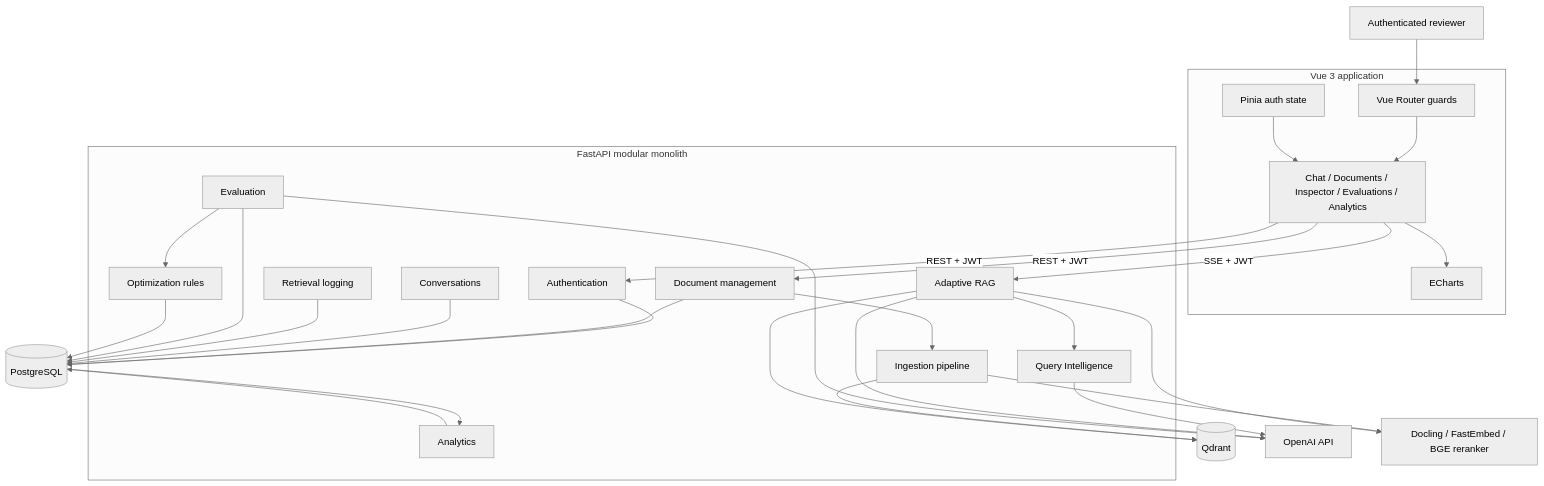
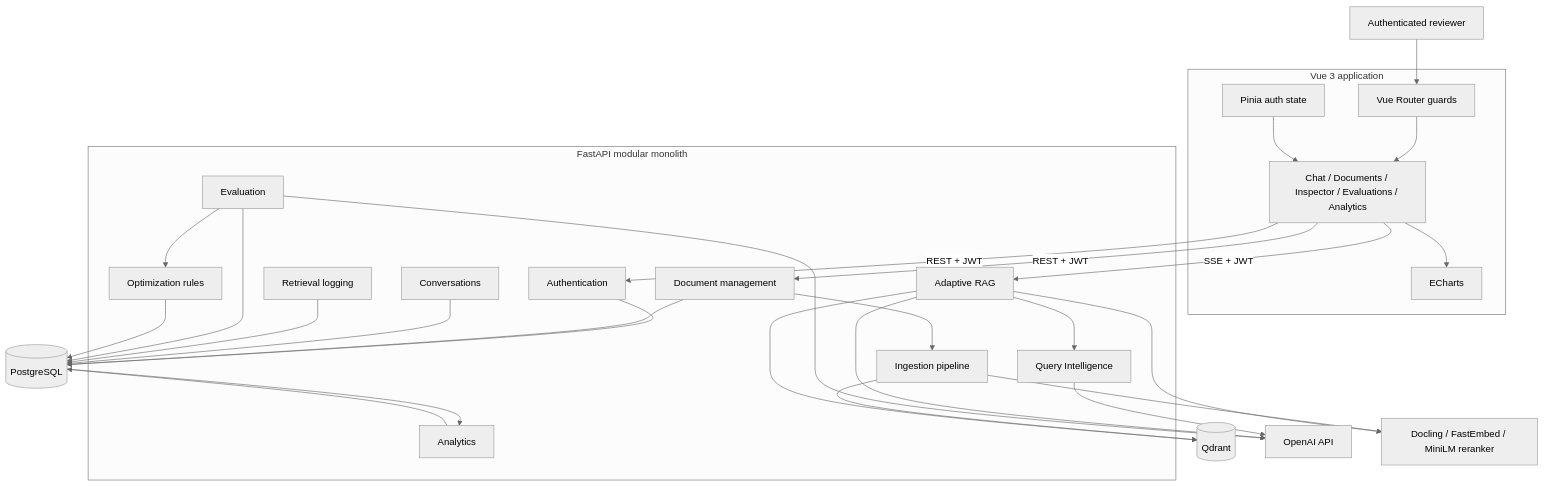
Before and after one commit to ajayk2515/contextiq: the first of 7 diagrams in README.md, drawn with Mermaid (neutral theme). The commit also changed other lines of this file and 2 other files, not shown here.

Commit message:
fix: harden document recovery and reranker configuration

````diff
--- a/README.md
+++ b/README.md
@@ -108,51 +108,51 @@
 ```mermaid
 flowchart TB
     User[Authenticated reviewer] --> Router
 
     subgraph Frontend[Vue 3 application]
         Router[Vue Router guards]
         Store[Pinia auth state]
         Views[Chat / Documents / Inspector / Evaluations / Analytics]
         Charts[ECharts]
         Router --> Views
         Store --> Views
         Views --> Charts
     end
 
     Views -->|REST + JWT| Auth
     Views -->|REST + JWT| Docs
     Views -->|SSE + JWT| RAG
 
     subgraph Backend[FastAPI modular monolith]
         Auth[Authentication]
         Docs[Document management]
         Ingest[Ingestion pipeline]
         QI[Query Intelligence]
         RAG[Adaptive RAG]
         Conversations[Conversations]
         Inspector[Retrieval logging]
         Eval[Evaluation]
         Optimize[Optimization rules]
         Metrics[Analytics]
     end
 
     Docs --> Ingest
     RAG --> QI
     Auth --> PostgreSQL[(PostgreSQL)]
     Docs --> PostgreSQL
     Conversations --> PostgreSQL
     Inspector --> PostgreSQL
     Eval --> PostgreSQL
     Optimize --> PostgreSQL
     Metrics --> PostgreSQL
     Ingest --> Qdrant[(Qdrant)]
     RAG --> Qdrant
     QI --> OpenAI[OpenAI API]
     RAG --> OpenAI
     Eval --> OpenAI
-    Ingest --> LocalModels[Docling / FastEmbed / BGE reranker]
+    Ingest --> LocalModels[Docling / FastEmbed / MiniLM reranker]
     RAG --> LocalModels
 
     PostgreSQL --> Metrics
     Eval --> Optimize
 ```
````
